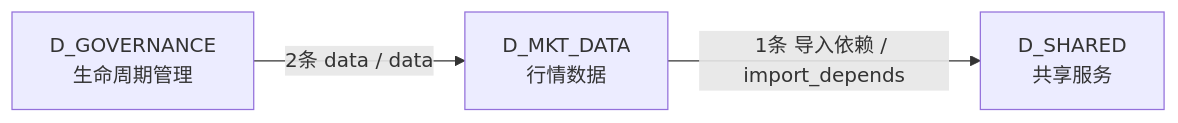
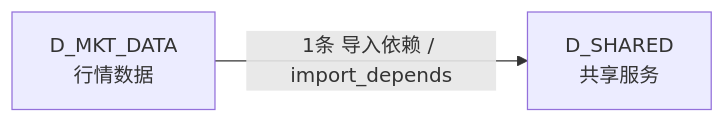
One commit to xuanFelixVan/ZephyrAlpha changed the fourth of 4 diagrams in docs/02_enterprise_architecture/02_domain_architecture_docs/14_d_mkt_data.md. Above: the diagram before and after it, drawn with Mermaid. The commit also changed other lines of this file and 99 other files, not shown here.

````diff
--- a/docs/02_enterprise_architecture/02_domain_architecture_docs/14_d_mkt_data.md
+++ b/docs/02_enterprise_architecture/02_domain_architecture_docs/14_d_mkt_data.md
@@ -172,8 +162,6 @@
 ```mermaid
 graph LR
     D_MKT_DATA["D_MKT_DATA<br/>行情数据"]
     D_SHARED["D_SHARED<br/>共享服务"]
-    D_GOVERNANCE["D_GOVERNANCE<br/>生命周期管理"]
     D_MKT_DATA -->|1条 导入依赖 / import_depends| D_SHARED
-    D_GOVERNANCE -->|2条 data / data| D_MKT_DATA
 ```
````
